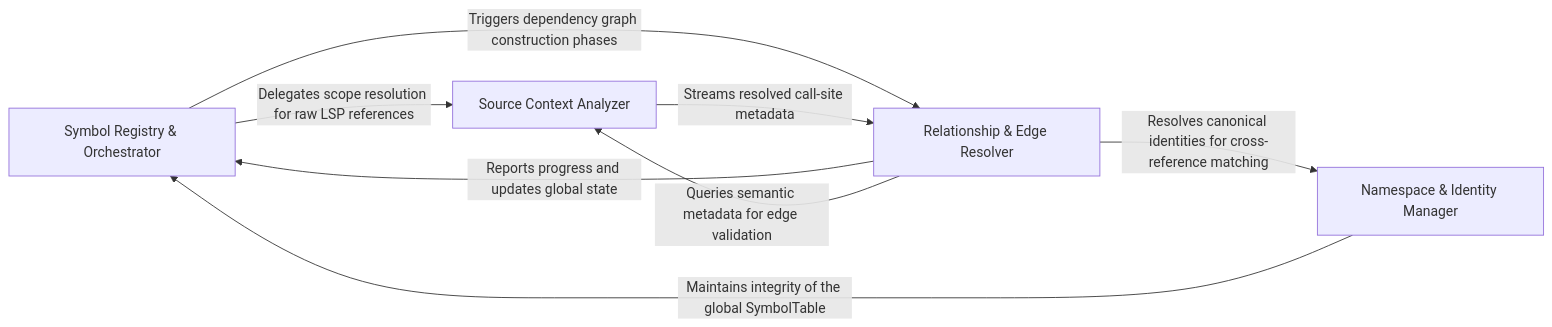
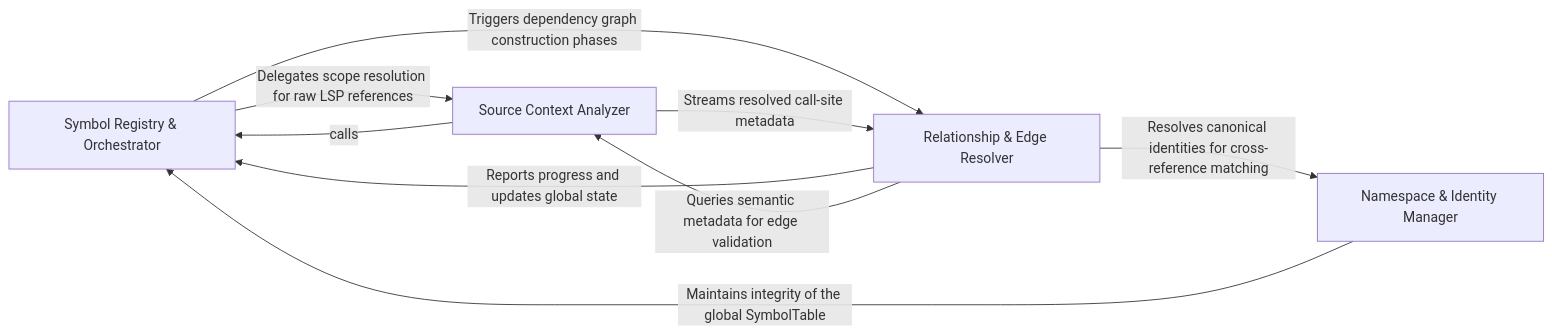
One commit to CodeBoarding/CodeBoarding changed the diagram in .codeboarding/Symbol_Relationship_Resolver.md. Above: the diagram before and after it, drawn with Mermaid. The commit also changed other lines of this file and 37 other files, not shown here.

Commit message:
chore(codeboarding): sync architecture baseline

````diff
--- a/.codeboarding/Symbol_Relationship_Resolver.md
+++ b/.codeboarding/Symbol_Relationship_Resolver.md
@@ -1,17 +1,18 @@
 ```mermaid
 graph LR
     Symbol_Registry_Orchestrator["Symbol Registry & Orchestrator"]
     Namespace_Identity_Manager["Namespace & Identity Manager"]
     Source_Context_Analyzer["Source Context Analyzer"]
     Relationship_Edge_Resolver["Relationship & Edge Resolver"]
     Symbol_Registry_Orchestrator -- "Delegates scope resolution for raw LSP references" --> Source_Context_Analyzer
     Symbol_Registry_Orchestrator -- "Triggers dependency graph construction phases" --> Relationship_Edge_Resolver
     Namespace_Identity_Manager -- "Maintains integrity of the global SymbolTable" --> Symbol_Registry_Orchestrator
     Source_Context_Analyzer -- "Streams resolved call-site metadata" --> Relationship_Edge_Resolver
+    Source_Context_Analyzer -- "calls" --> Symbol_Registry_Orchestrator
     Relationship_Edge_Resolver -- "Resolves canonical identities for cross-reference matching" --> Namespace_Identity_Manager
     Relationship_Edge_Resolver -- "Reports progress and updates global state" --> Symbol_Registry_Orchestrator
     Relationship_Edge_Resolver -- "Queries semantic metadata for edge validation" --> Source_Context_Analyzer
     click Namespace_Identity_Manager href "https://github.com/CodeBoarding/CodeBoarding/blob/main/.codeboarding/Namespace_Identity_Manager.md" "Details"
     click Source_Context_Analyzer href "https://github.com/CodeBoarding/CodeBoarding/blob/main/.codeboarding/Source_Context_Analyzer.md" "Details"
     click Relationship_Edge_Resolver href "https://github.com/CodeBoarding/CodeBoarding/blob/main/.codeboarding/Relationship_Edge_Resolver.md" "Details"
 ```
````
